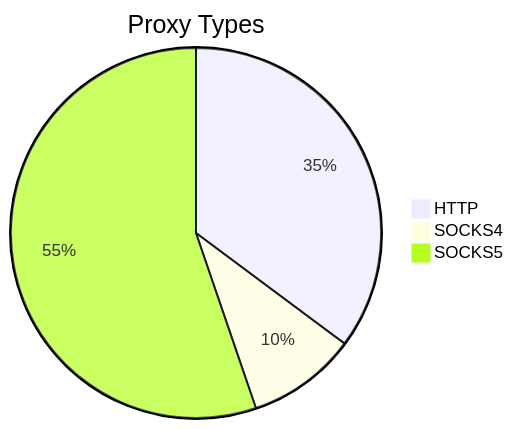
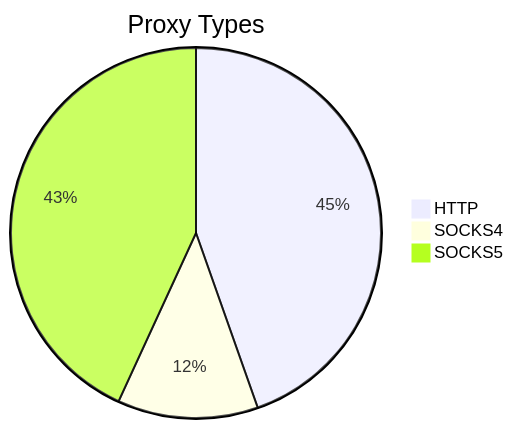
Before and after one commit to stormsia/proxy-list: the first of 2 diagrams in README.md, drawn with Mermaid. The commit also changed other lines of this file, not shown here.

````diff
--- a/README.md
+++ b/README.md
@@ -21,6 +21,6 @@
 ```mermaid
 pie title Proxy Types
-    "HTTP" : 305
-    "SOCKS4" : 83
-    "SOCKS5" : 479
+    "HTTP" : 458
+    "SOCKS4" : 126
+    "SOCKS5" : 443
 ```
````
